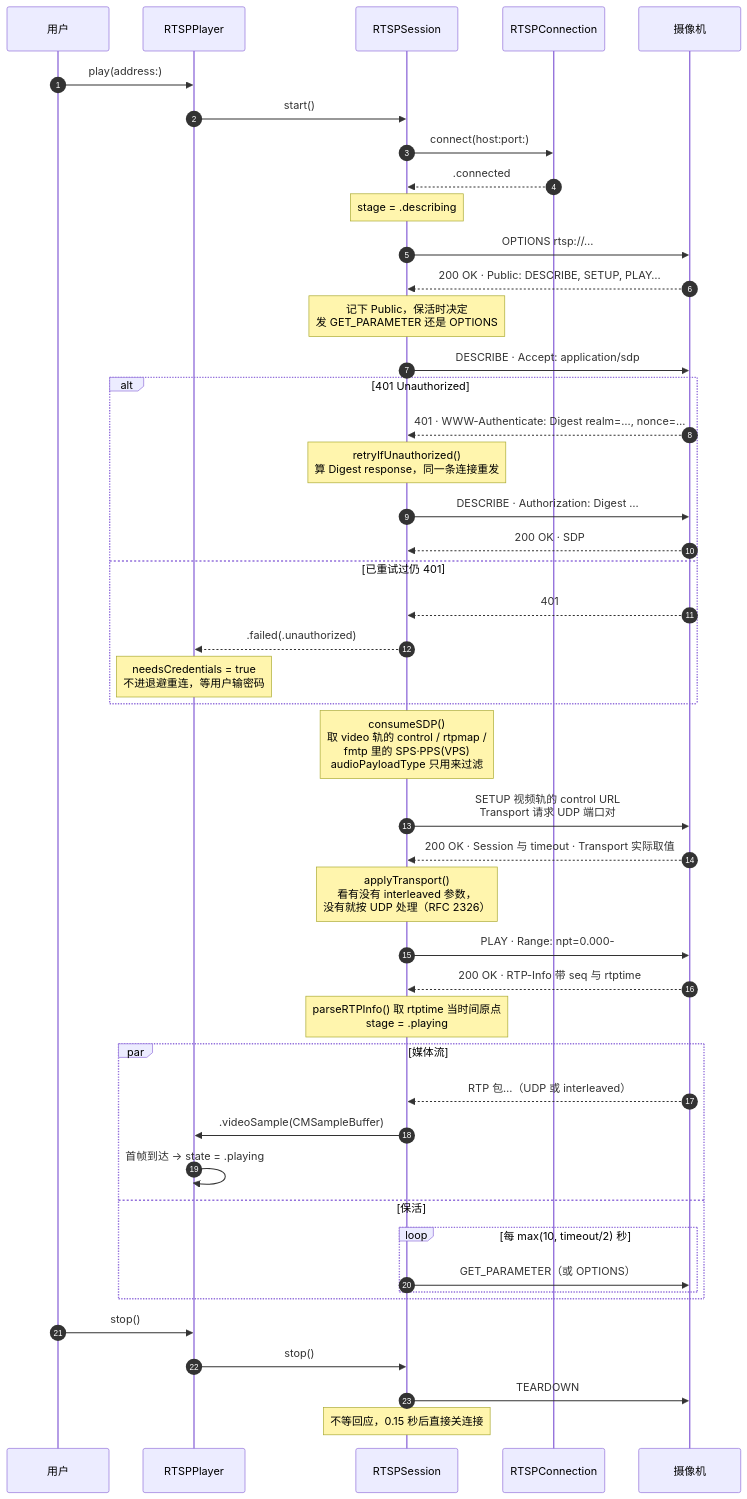
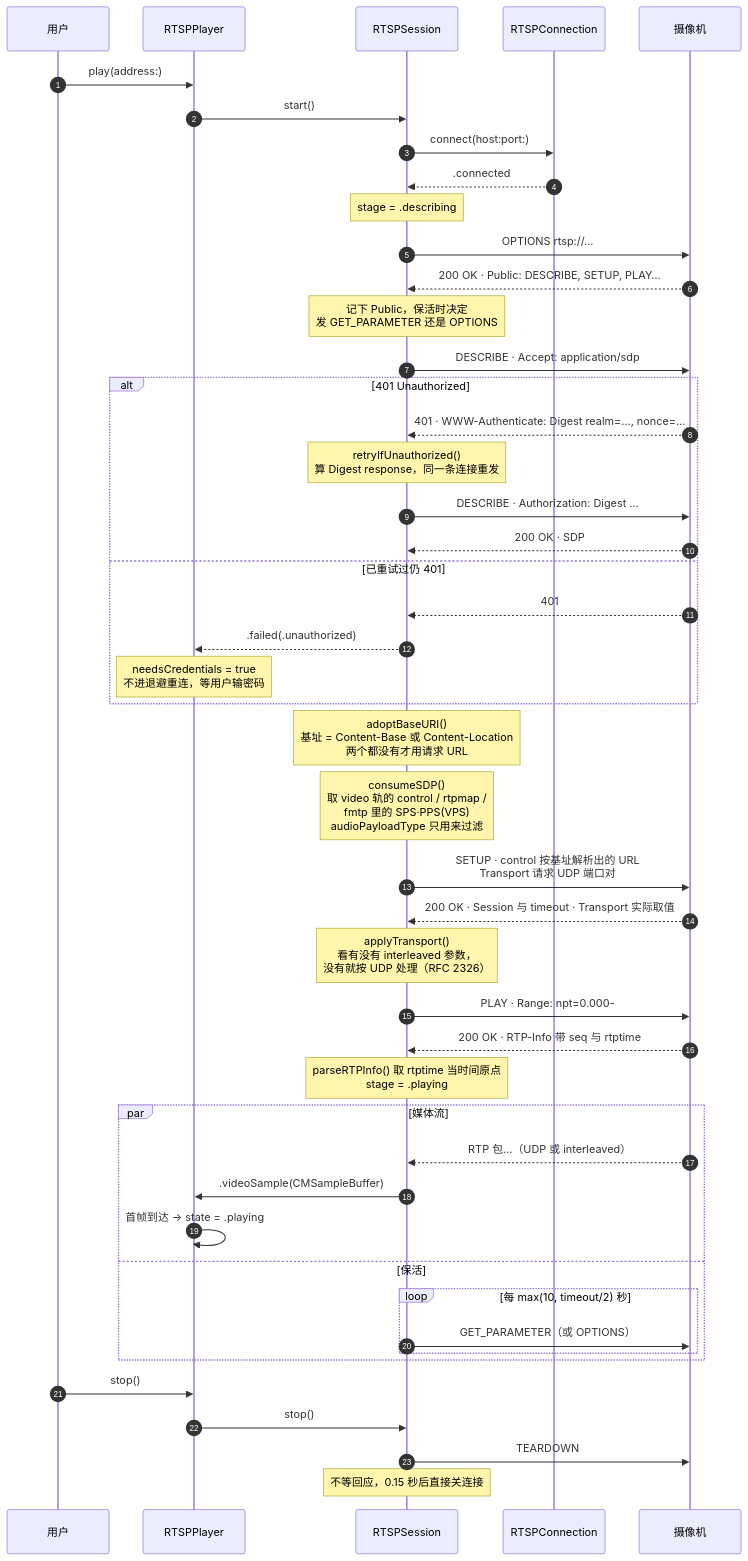
Before and after one commit to build-your-own-x-with-ai/Oraimo_RTSP_Client: the second of 9 diagrams in Docs/RTSPFlow.md, drawn with Mermaid. The commit also changed other lines of this file and 10 other files, not shown here.

````diff
--- a/Docs/RTSPFlow.md
+++ b/Docs/RTSPFlow.md
@@ -54,56 +54,57 @@
 ```mermaid
 sequenceDiagram
     autonumber
     participant U as 用户
     participant P as RTSPPlayer
     participant S as RTSPSession
     participant C as RTSPConnection
     participant CAM as 摄像机
 
     U->>P: play(address:)
     P->>S: start()
     S->>C: connect(host:port:)
     C-->>S: .connected
     Note over S: stage = .describing
 
     S->>CAM: OPTIONS rtsp://…
     CAM-->>S: 200 OK · Public: DESCRIBE, SETUP, PLAY…
     Note over S: 记下 Public，保活时决定<br/>发 GET_PARAMETER 还是 OPTIONS
 
     S->>CAM: DESCRIBE · Accept: application/sdp
     alt 401 Unauthorized
         CAM-->>S: 401 · WWW-Authenticate: Digest realm=…, nonce=…
         Note over S: retryIfUnauthorized()<br/>算 Digest response，同一条连接重发
         S->>CAM: DESCRIBE · Authorization: Digest …
         CAM-->>S: 200 OK · SDP
     else 已重试过仍 401
         CAM-->>S: 401
         S-->>P: .failed(.unauthorized)
         Note over P: needsCredentials = true<br/>不进退避重连，等用户输密码
     end
 
+    Note over S: adoptBaseURI()<br/>基址 = Content-Base 或 Content-Location<br/>两个都没有才用请求 URL
     Note over S: consumeSDP()<br/>取 video 轨的 control / rtpmap /<br/>fmtp 里的 SPS·PPS(VPS)<br/>audioPayloadType 只用来过滤
 
-    S->>CAM: SETUP 视频轨的 control URL<br/>Transport 请求 UDP 端口对
+    S->>CAM: SETUP · control 按基址解析出的 URL<br/>Transport 请求 UDP 端口对
     CAM-->>S: 200 OK · Session 与 timeout · Transport 实际取值
     Note over S: applyTransport()<br/>看有没有 interleaved 参数，<br/>没有就按 UDP 处理（RFC 2326）
 
     S->>CAM: PLAY · Range: npt=0.000-
     CAM-->>S: 200 OK · RTP-Info 带 seq 与 rtptime
     Note over S: parseRTPInfo() 取 rtptime 当时间原点<br/>stage = .playing
 
     par 媒体流
         CAM-->>S: RTP 包…（UDP 或 interleaved）
         S->>P: .videoSample(CMSampleBuffer)
         P->>P: 首帧到达 → state = .playing
     and 保活
         loop 每 max(10, timeout/2) 秒
             S->>CAM: GET_PARAMETER（或 OPTIONS）
         end
     end
 
     U->>P: stop()
     P->>S: stop()
     S->>CAM: TEARDOWN
     Note over S: 不等回应，0.15 秒后直接关连接
 ```
````
